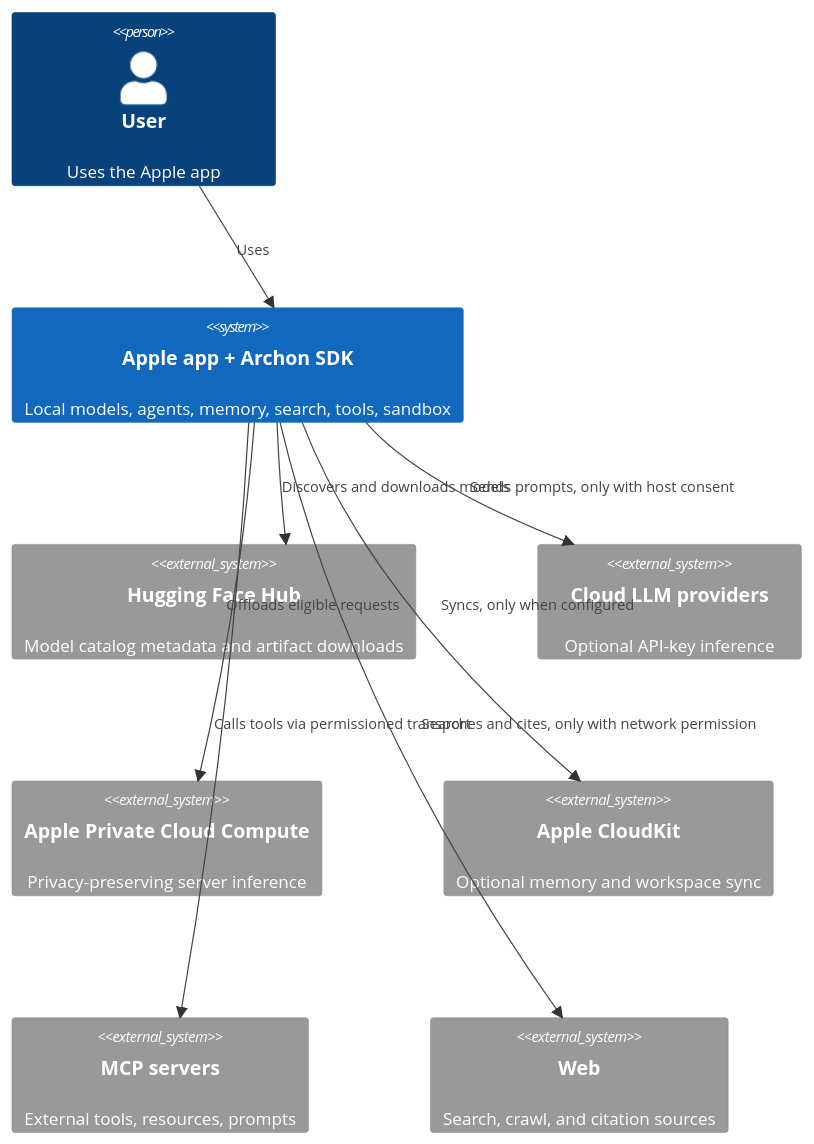
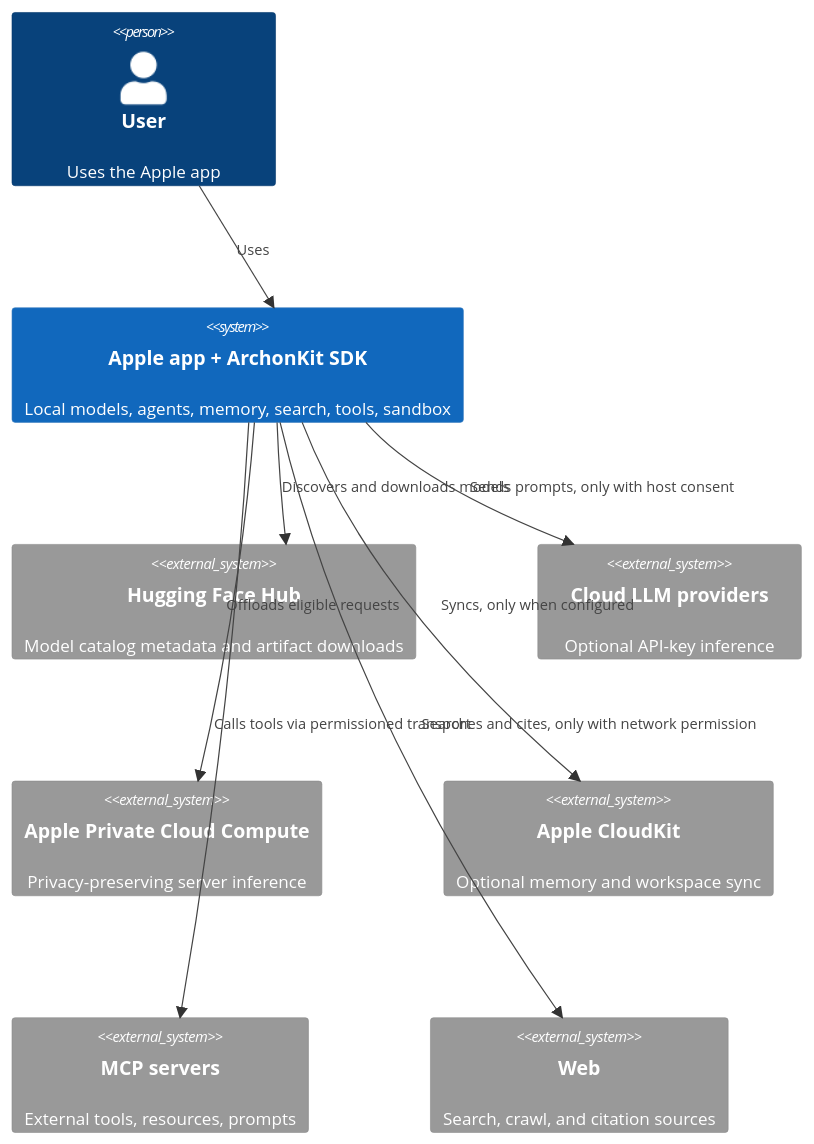
The diagram in README.md (VM451/ArchonKit), drawn with Mermaid before and after one commit. The commit also changed other lines of this file, not shown here.

First line of the commit message:
docs(readme): rename branding to ArchonKit in readme

````diff
--- a/README.md
+++ b/README.md
@@ -30,19 +30,19 @@
 ```mermaid
 C4Context
     Person(user, "User", "Uses the Apple app")
-    System(app, "Apple app + Archon SDK", "Local models, agents, memory, search, tools, sandbox")
+    System(app, "Apple app + ArchonKit SDK", "Local models, agents, memory, search, tools, sandbox")
     System_Ext(hf, "Hugging Face Hub", "Model catalog metadata and artifact downloads")
     System_Ext(cloud, "Cloud LLM providers", "Optional API-key inference")
     System_Ext(pcc, "Apple Private Cloud Compute", "Privacy-preserving server inference")
     System_Ext(cloudkit, "Apple CloudKit", "Optional memory and workspace sync")
     System_Ext(mcp, "MCP servers", "External tools, resources, prompts")
     System_Ext(web, "Web", "Search, crawl, and citation sources")
 
     Rel(user, app, "Uses")
     Rel(app, hf, "Discovers and downloads models")
     Rel(app, cloud, "Sends prompts, only with host consent")
     Rel(app, pcc, "Offloads eligible requests")
     Rel(app, cloudkit, "Syncs, only when configured")
     Rel(app, mcp, "Calls tools via permissioned transport")
     Rel(app, web, "Searches and cites, only with network permission")
 ```
````
